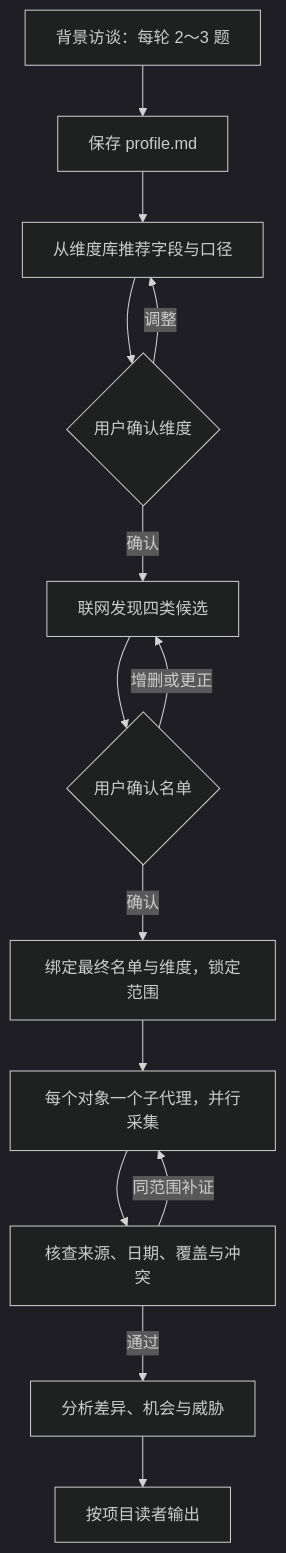
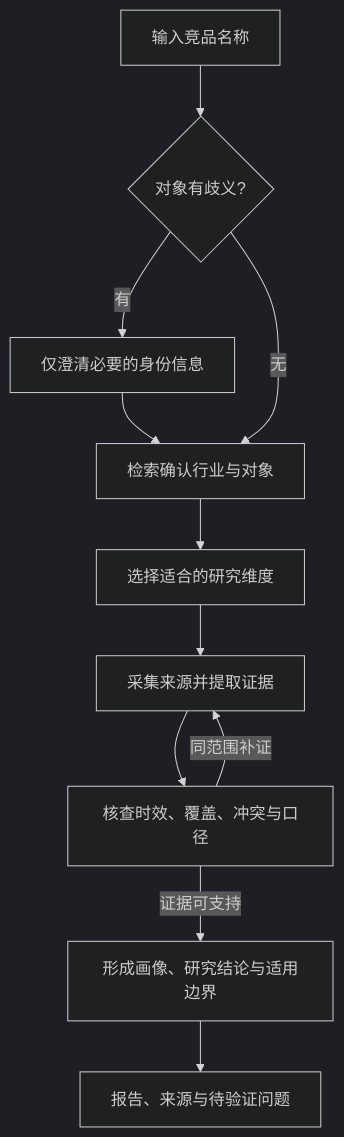
Before and after one commit to sakura1412/steal-her-heart: the diagram in README.md, drawn with Mermaid (dark theme). The commit also changed other lines of this file and 24 other files, not shown here.

````diff
--- a/README.md
+++ b/README.md
@@ -119,16 +73,13 @@
 ```mermaid
 flowchart TD
-    A[背景访谈：每轮 2～3 题] --> B[保存 profile.md]
-    B --> C[从维度库推荐字段与口径]
-    C --> D{用户确认维度}
-    D -->|调整| C
-    D -->|确认| E[联网发现四类候选]
-    E --> F{用户确认名单}
-    F -->|增删或更正| E
-    F -->|确认| G[绑定最终名单与维度，锁定范围]
-    G --> H[每个对象一个子代理，并行采集]
-    H --> I[核查来源、日期、覆盖与冲突]
-    I -->|同范围补证| H
-    I -->|通过| J[分析差异、机会与威胁]
-    J --> K[按项目读者输出]
+    A[输入竞品名称] --> B{对象有歧义?}
+    B -->|有| C[仅澄清必要的身份信息]
+    C --> D[检索确认行业与对象]
+    B -->|无| D
+    D --> E[选择适合的研究维度]
+    E --> F[采集来源并提取证据]
+    F --> G[核查时效、覆盖、冲突与口径]
+    G -->|同范围补证| F
+    G -->|证据可支持| H[形成画像、研究结论与适用边界]
+    H --> I[报告、来源与待验证问题]
 ```
````
